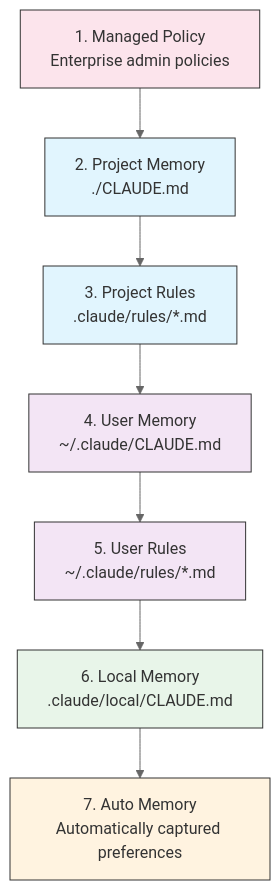
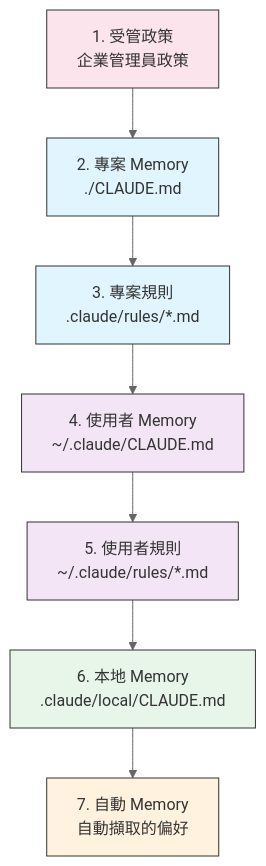
One commit to huckly/claude-howto-zh-tw changed the ninth of 31 diagrams in claude_concepts_guide.md. Above: the diagram before and after it, drawn with Mermaid (neutral theme). The commit also changed other lines of this file and 12 other files, not shown here.

````diff
--- a/claude_concepts_guide.md
+++ b/claude_concepts_guide.md
@@ -568,17 +568,17 @@
 ```mermaid
 graph TD
-    A["1. Managed Policy<br/>Enterprise admin policies"] --> B["2. Project Memory<br/>./CLAUDE.md"]
-    B --> C["3. Project Rules<br/>.claude/rules/*.md"]
-    C --> D["4. User Memory<br/>~/.claude/CLAUDE.md"]
-    D --> E["5. User Rules<br/>~/.claude/rules/*.md"]
-    E --> F["6. Local Memory<br/>.claude/local/CLAUDE.md"]
-    F --> G["7. Auto Memory<br/>Automatically captured preferences"]
+    A["1. 受管政策<br/>企業管理員政策"] --> B["2. 專案 Memory<br/>./CLAUDE.md"]
+    B --> C["3. 專案規則<br/>.claude/rules/*.md"]
+    C --> D["4. 使用者 Memory<br/>~/.claude/CLAUDE.md"]
+    D --> E["5. 使用者規則<br/>~/.claude/rules/*.md"]
+    E --> F["6. 本地 Memory<br/>.claude/local/CLAUDE.md"]
+    F --> G["7. 自動 Memory<br/>自動擷取的偏好"]
 
     style A fill:#fce4ec,stroke:#333,color:#333
     style B fill:#e1f5fe,stroke:#333,color:#333
     style C fill:#e1f5fe,stroke:#333,color:#333
     style D fill:#f3e5f5,stroke:#333,color:#333
     style E fill:#f3e5f5,stroke:#333,color:#333
     style F fill:#e8f5e9,stroke:#333,color:#333
     style G fill:#fff3e0,stroke:#333,color:#333
 ```
````
